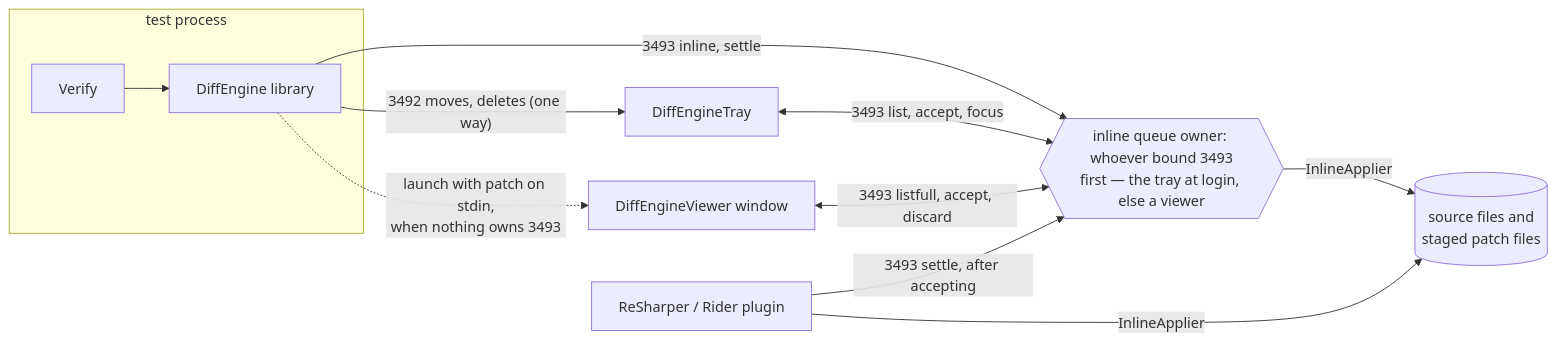
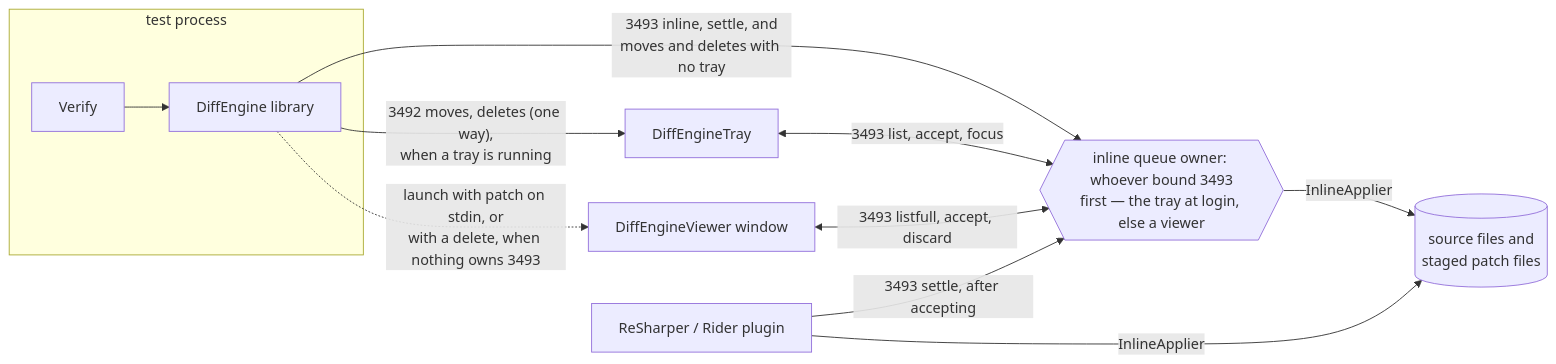
One commit to VerifyTests/DiffEngine changed the diagram in claude.md. Above: the diagram before and after it, drawn with Mermaid. The commit also changed other lines of this file and 39 other files, not shown here.

````diff
--- a/claude.md
+++ b/claude.md
@@ -45,20 +45,20 @@
 ```mermaid
 flowchart LR
     subgraph Test["test process"]
         Verify["Verify"] --> Engine["DiffEngine library"]
     end
     Tray["DiffEngineTray"]
     Window["DiffEngineViewer window"]
     Plugin["ReSharper / Rider plugin"]
     Owner{{"inline queue owner: whoever bound 3493<br/>first — the tray at login, else a viewer"}}
     Files[("source files and<br/>staged patch files")]
 
-    Engine -->|"3492 moves, deletes (one way)"| Tray
-    Engine -->|"3493 inline, settle"| Owner
-    Engine -.->|"launch with patch on stdin,<br/>when nothing owns 3493"| Window
+    Engine -->|"3492 moves, deletes (one way),<br/>when a tray is running"| Tray
+    Engine -->|"3493 inline, settle, and<br/>moves and deletes with no tray"| Owner
+    Engine -.->|"launch with patch on stdin, or<br/>with a delete, when nothing owns 3493"| Window
     Tray <-->|"3493 list, accept, focus"| Owner
     Window <-->|"3493 listfull, accept, discard"| Owner
     Plugin -->|"3493 settle, after accepting"| Owner
     Owner -->|"InlineApplier"| Files
     Plugin -->|"InlineApplier"| Files
 ```
````
